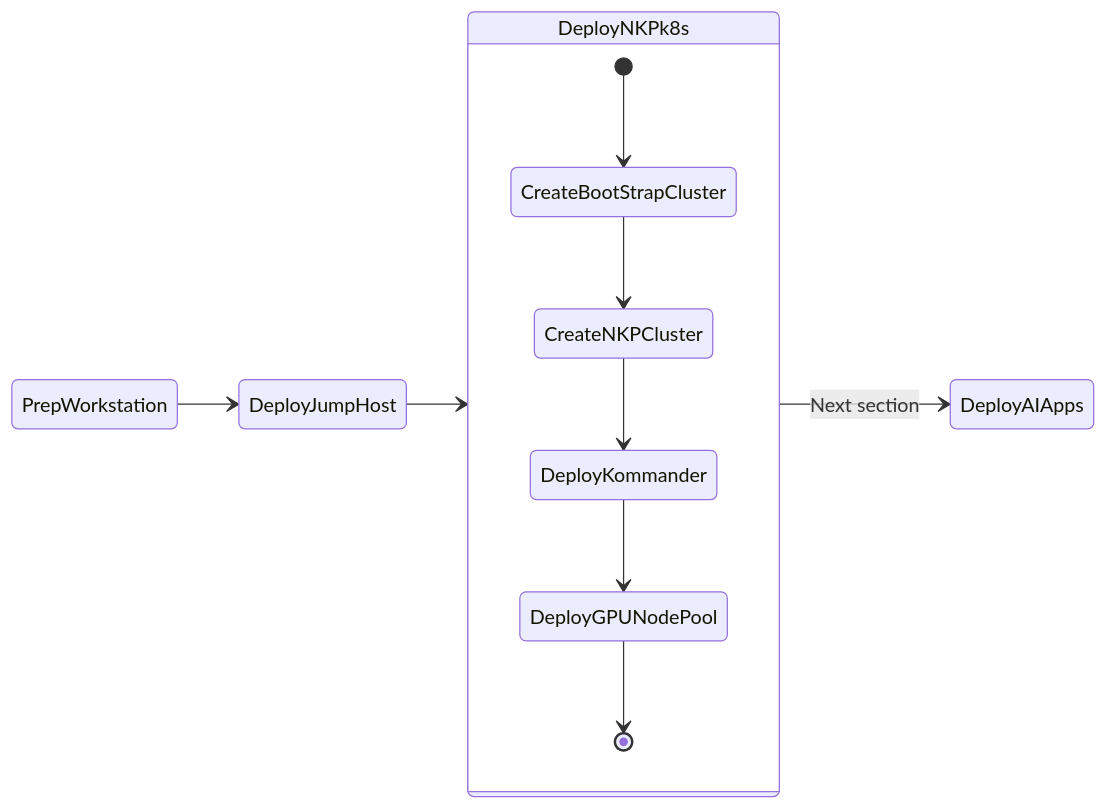
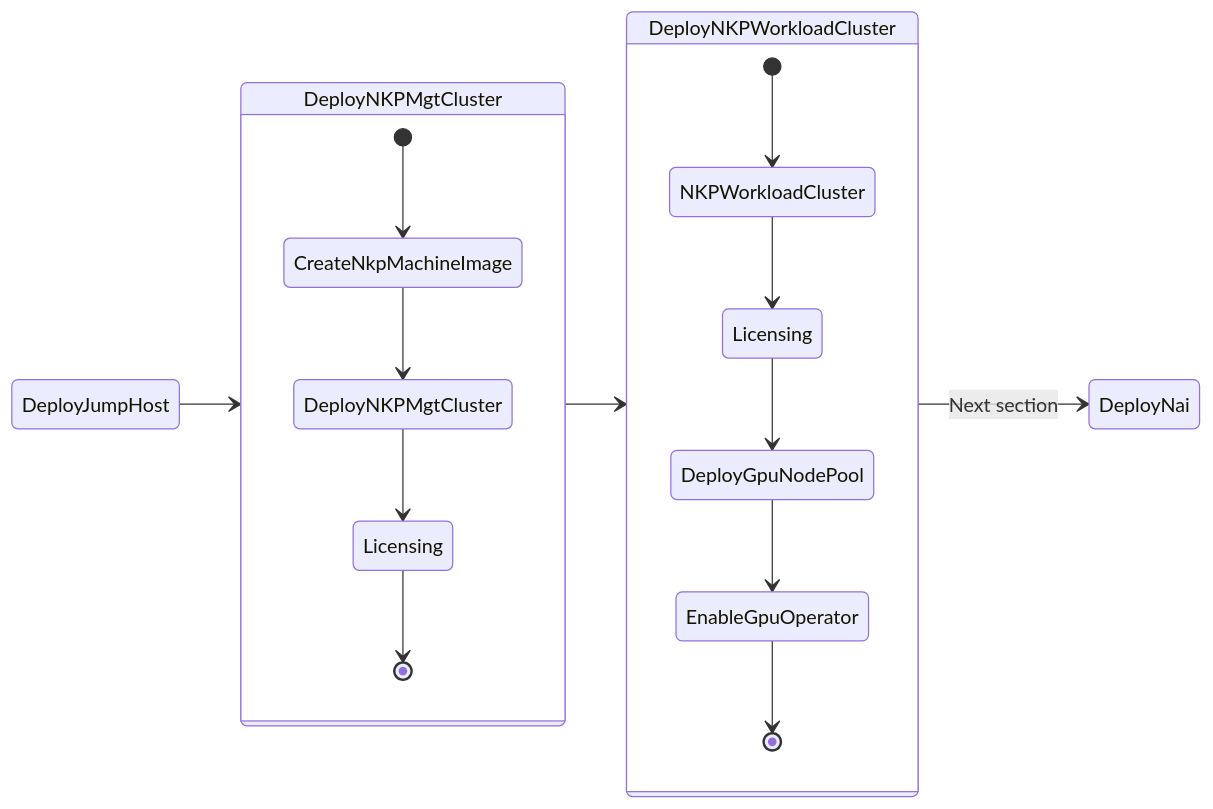
The diagram in docs/appendix/infra_nkp_hard_way.md (nutanix-japan/nai-llm), drawn with Mermaid before and after one commit. The commit also changed other lines of this file and 7 other files, not shown here.

````diff
--- a/docs/appendix/infra_nkp_hard_way.md
+++ b/docs/appendix/infra_nkp_hard_way.md
@@ -7,16 +7,30 @@
 ```mermaid
 stateDiagram-v2
     direction LR
     
-    state DeployNKPk8s {
-        [*] --> CreateBootStrapCluster
-        CreateBootStrapCluster --> CreateNKPCluster
-        CreateNKPCluster --> DeployKommander
-        DeployKommander --> DeployGPUNodePool
-        DeployGPUNodePool --> [*]
+    state DeployNKPMgtCluster {
+        [*] --> CreateNkpMachineImage
+        CreateNkpMachineImage --> ExecuteMgtClusterDeploy
+        ExecuteMgtClusterDeploy --> MgtLicensing
+        MgtLicensing --> [*]
+        
+        %% Aliases to keep your display text clean
+        state "DeployNKPMgtCluster" as ExecuteMgtClusterDeploy
+        state "Licensing" as MgtLicensing
     }
 
-    PrepWorkstation --> DeployJumpHost 
-    DeployJumpHost --> DeployNKPk8s 
-    DeployNKPk8s --> DeployAIApps : Next section
+    state DeployNKPWorkloadCluster {
+        [*] --> NKPWorkloadCluster 
+        NKPWorkloadCluster --> WkldLicensing 
+        WkldLicensing --> DeployGpuNodePool
+        DeployGpuNodePool --> EnableGpuOperator
+        EnableGpuOperator --> [*]
+        
+        %% Unique ID for the second Licensing state
+        state "Licensing" as WkldLicensing
+    }
+
+    DeployJumpHost --> DeployNKPMgtCluster 
+    DeployNKPMgtCluster --> DeployNKPWorkloadCluster 
+    DeployNKPWorkloadCluster --> DeployNai : Next section
 ```
````
